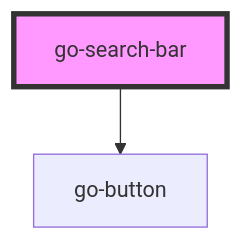
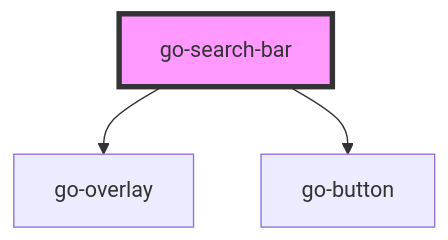
The diagram in src/components/go-search-bar/readme.md (getgoui/go-ui), drawn with Mermaid before and after one commit. The commit also changed other lines of this file and 9 other files, not shown here.

````diff
--- a/src/components/go-search-bar/readme.md
+++ b/src/components/go-search-bar/readme.md
@@ -36,5 +37,6 @@
 ```mermaid
 graph TD;
+  go-search-bar --> go-overlay
   go-search-bar --> go-button
   style go-search-bar fill:#f9f,stroke:#333,stroke-width:4px
 ```
````
